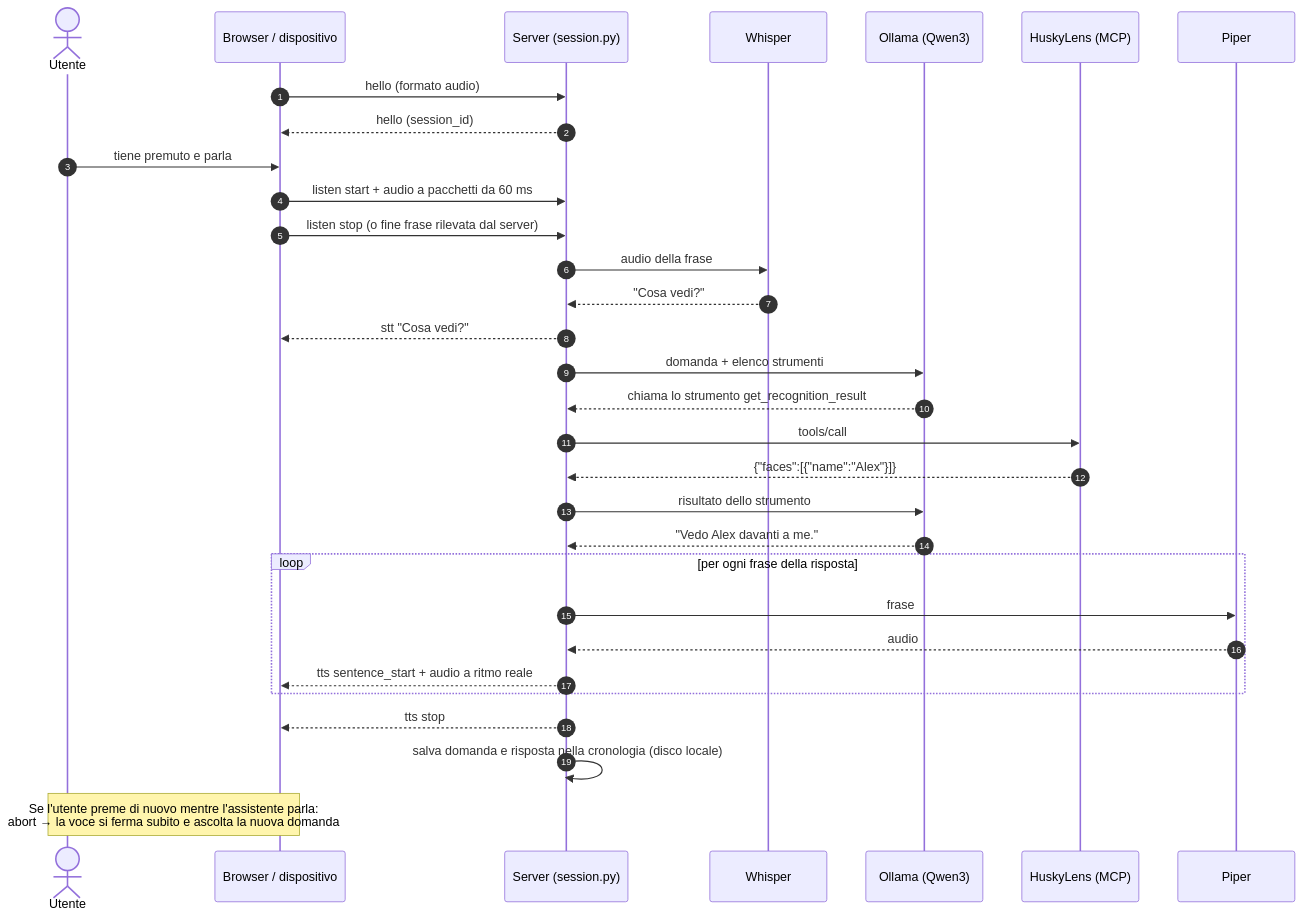
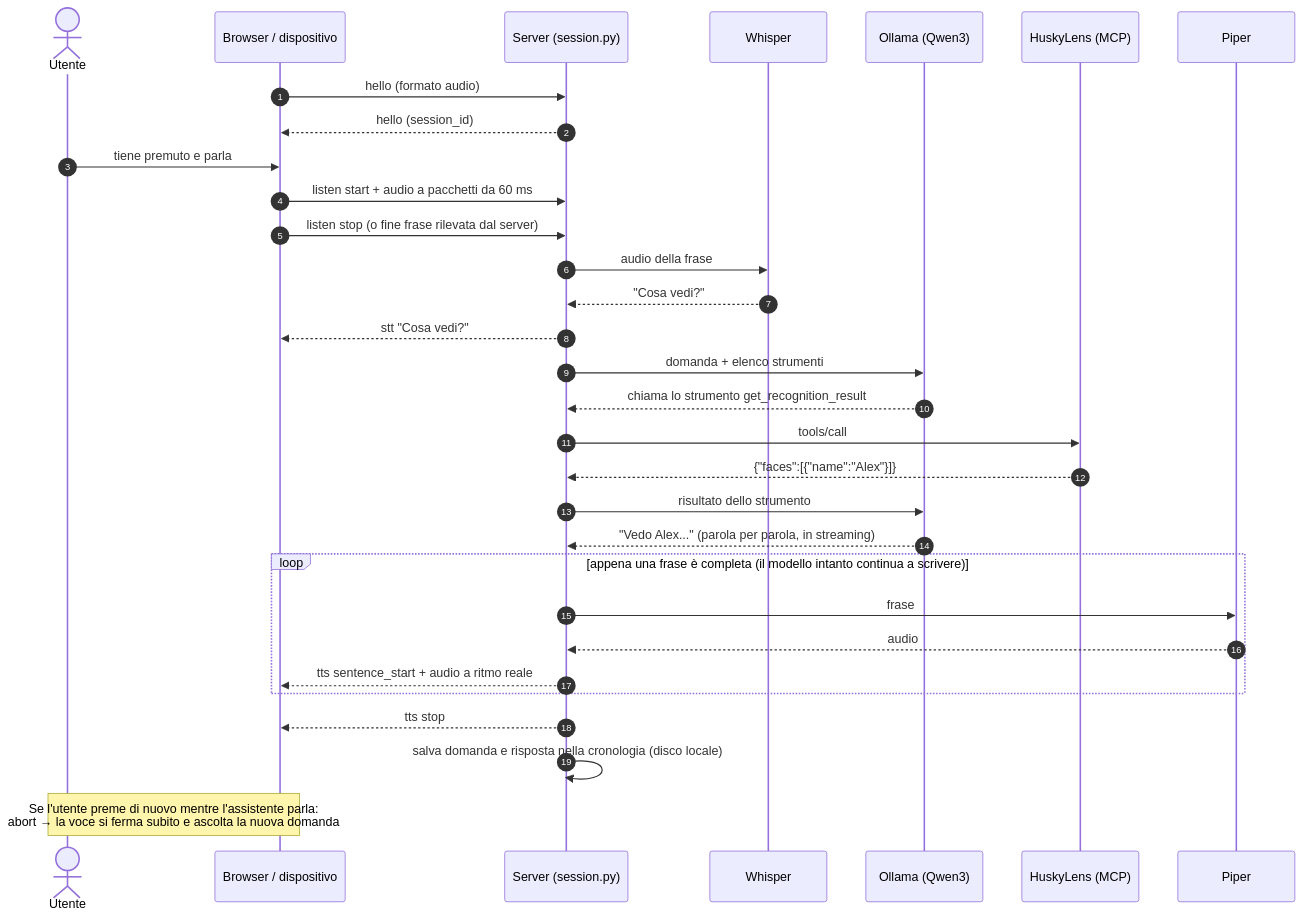
One commit to BitJacker/xiaozhi-local-server changed the second of 7 diagrams in docs/ARCHITETTURA.md. Above: the diagram before and after it, drawn with Mermaid. The commit also changed other lines of this file and 15 other files, not shown here.

````diff
--- a/docs/ARCHITETTURA.md
+++ b/docs/ARCHITETTURA.md
@@ -67,34 +74,34 @@
 ```mermaid
 sequenceDiagram
     autonumber
     actor U as Utente
     participant C as Browser / dispositivo
     participant S as Server (session.py)
     participant W as Whisper
     participant O as Ollama (Qwen3)
     participant H as HuskyLens (MCP)
     participant P as Piper
 
     C->>S: hello (formato audio)
     S-->>C: hello (session_id)
     U->>C: tiene premuto e parla
     C->>S: listen start + audio a pacchetti da 60 ms
     C->>S: listen stop (o fine frase rilevata dal server)
     S->>W: audio della frase
     W-->>S: "Cosa vedi?"
     S-->>C: stt "Cosa vedi?"
     S->>O: domanda + elenco strumenti
     O-->>S: chiama lo strumento get_recognition_result
     S->>H: tools/call
     H-->>S: {"faces":[{"name":"Alex"}]}
     S->>O: risultato dello strumento
-    O-->>S: "Vedo Alex davanti a me."
-    loop per ogni frase della risposta
+    O-->>S: "Vedo Alex..." (parola per parola, in streaming)
+    loop appena una frase è completa (il modello intanto continua a scrivere)
         S->>P: frase
         P-->>S: audio
         S-->>C: tts sentence_start + audio a ritmo reale
     end
     S-->>C: tts stop
     S->>S: salva domanda e risposta nella cronologia (disco locale)
     Note over U,C: Se l'utente preme di nuovo mentre l'assistente parla:<br/>abort → la voce si ferma subito e ascolta la nuova domanda
 ```
````
